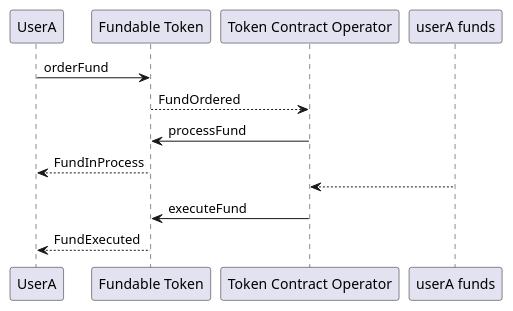
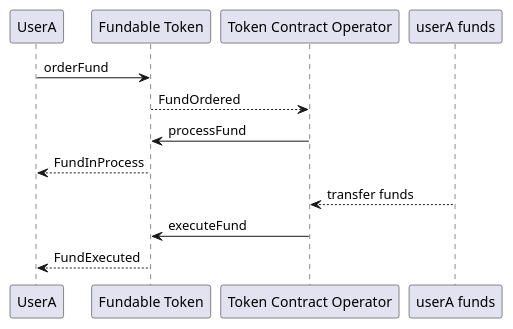
Before and after one commit to IoBuilders/fundable-token: the diagram in diagrams/fundable_execute.puml, drawn with PlantUML. The commit also changed 1 other file, not shown here.

Commit message:
Update diagrams with Daniel comments

```diff
--- a/diagrams/fundable_execute.puml
+++ b/diagrams/fundable_execute.puml
@@ -1,9 +1,9 @@
 @startuml
 UserA -> "Fundable Token": orderFund
 "Fundable Token" --> "Token Contract Operator": FundOrdered
 "Token Contract Operator" -> "Fundable Token": processFund
 "Fundable Token" --> "UserA": FundInProcess
-"userA funds" --> "Token Contract Operator":
+"userA funds" --> "Token Contract Operator": transfer funds
 "Token Contract Operator" -> "Fundable Token": executeFund
 "Fundable Token" --> UserA: FundExecuted
 @enduml
```
